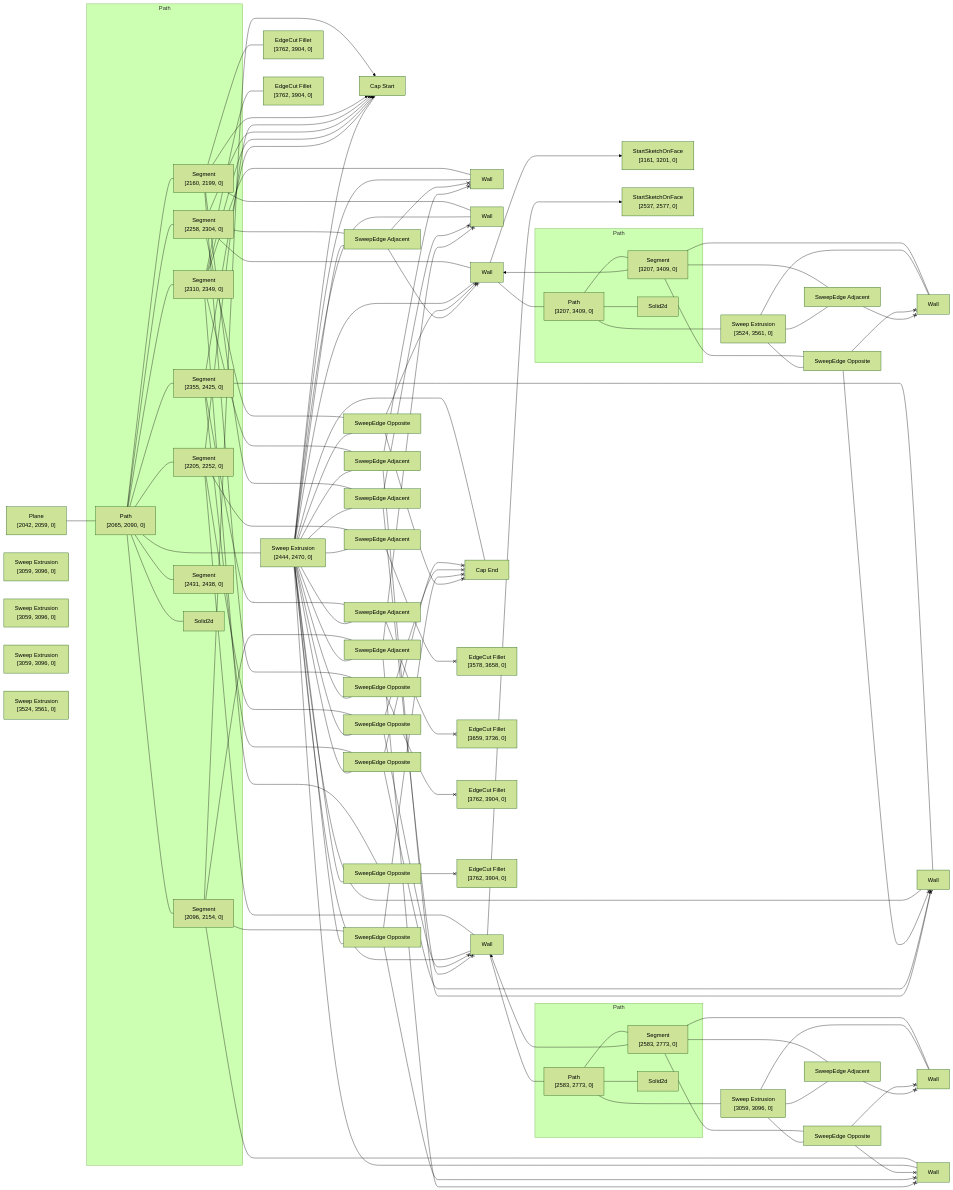
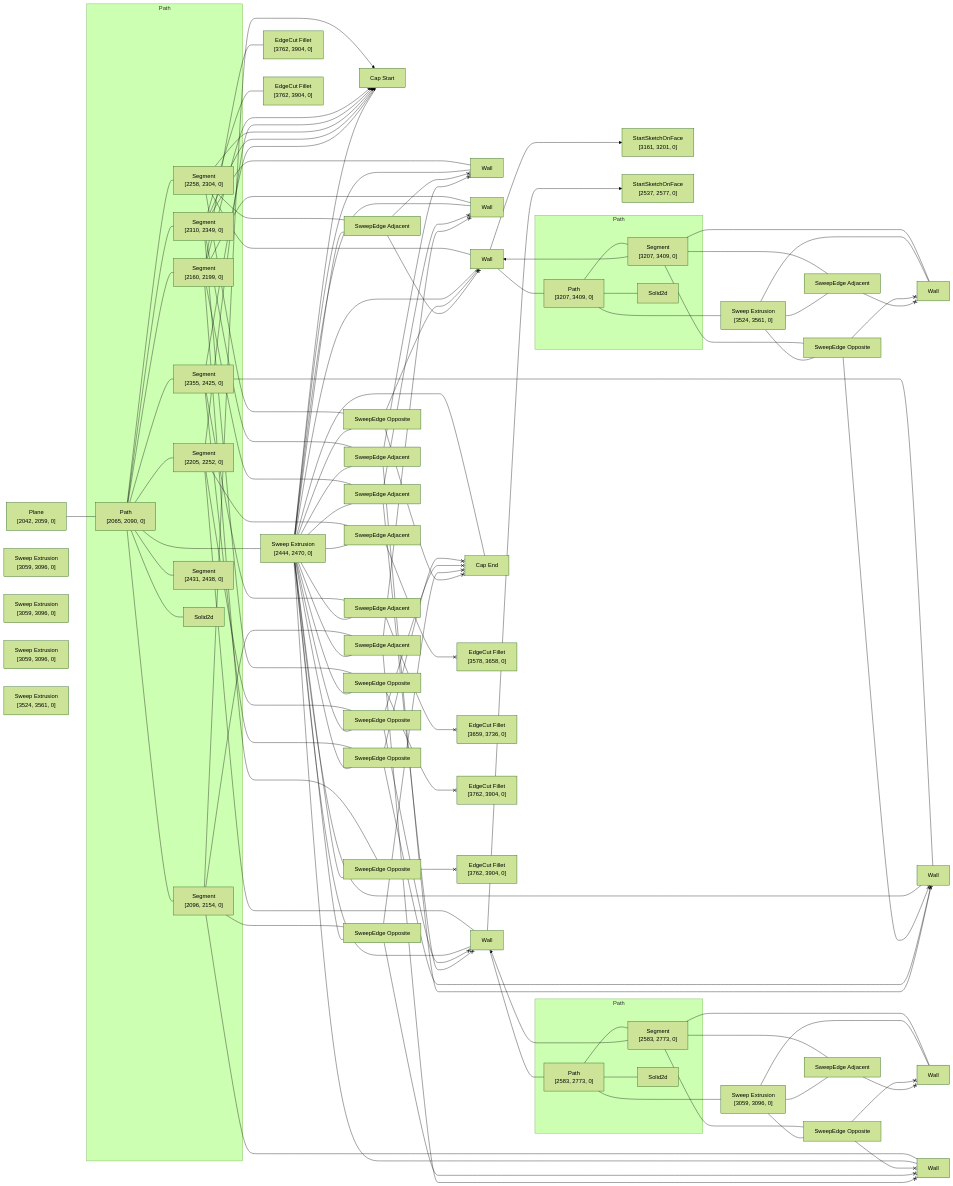
Before and after one commit to KittyCAD/modeling-app: the diagram in rust/kcl-lib/tests/kcl_samples/bracket/artifact_graph_flowchart.snap.md, drawn with Mermaid (forest theme). The commit also changed 21 other files, not shown here.

````diff
--- a/rust/kcl-lib/tests/kcl_samples/bracket/artifact_graph_flowchart.snap.md
+++ b/rust/kcl-lib/tests/kcl_samples/bracket/artifact_graph_flowchart.snap.md
@@ -165,8 +165,8 @@
   41 <--x 35
   42 <--x 35
   43 <--x 35
-  38 <--x 57
-  40 <--x 55
+  38 <--x 55
+  40 <--x 57
   49 <--x 53
   51 <--x 52
 ```
````
